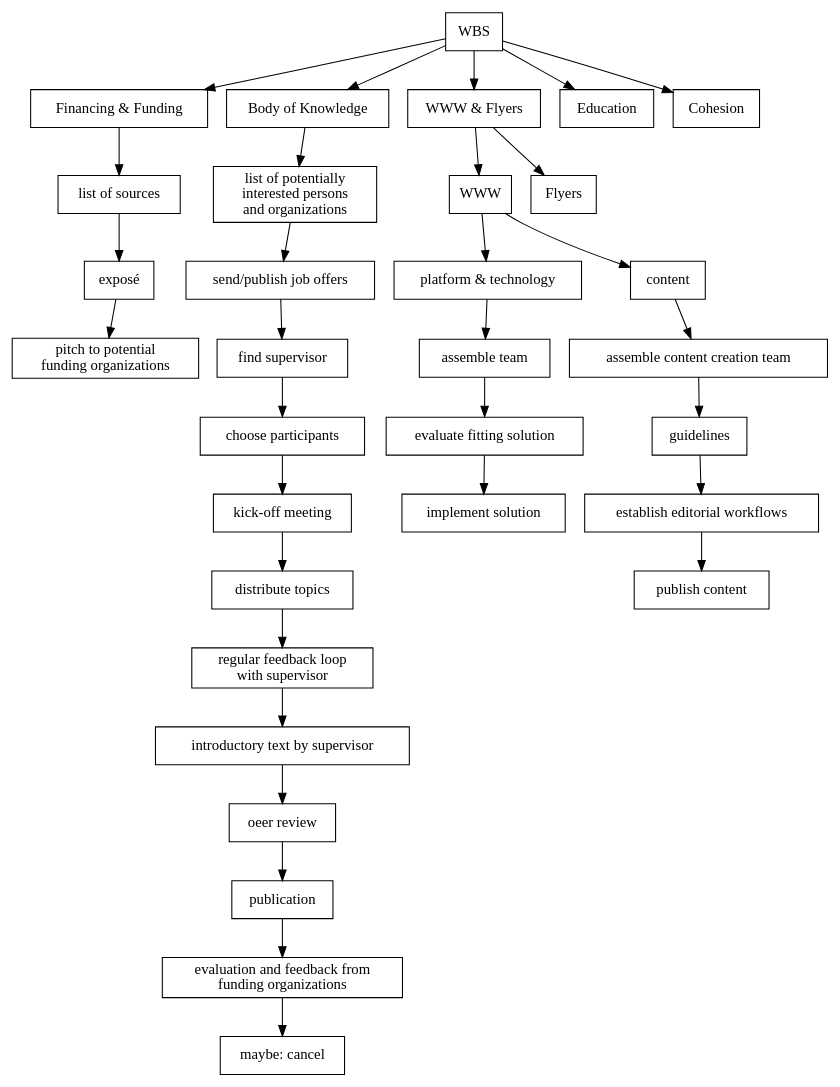
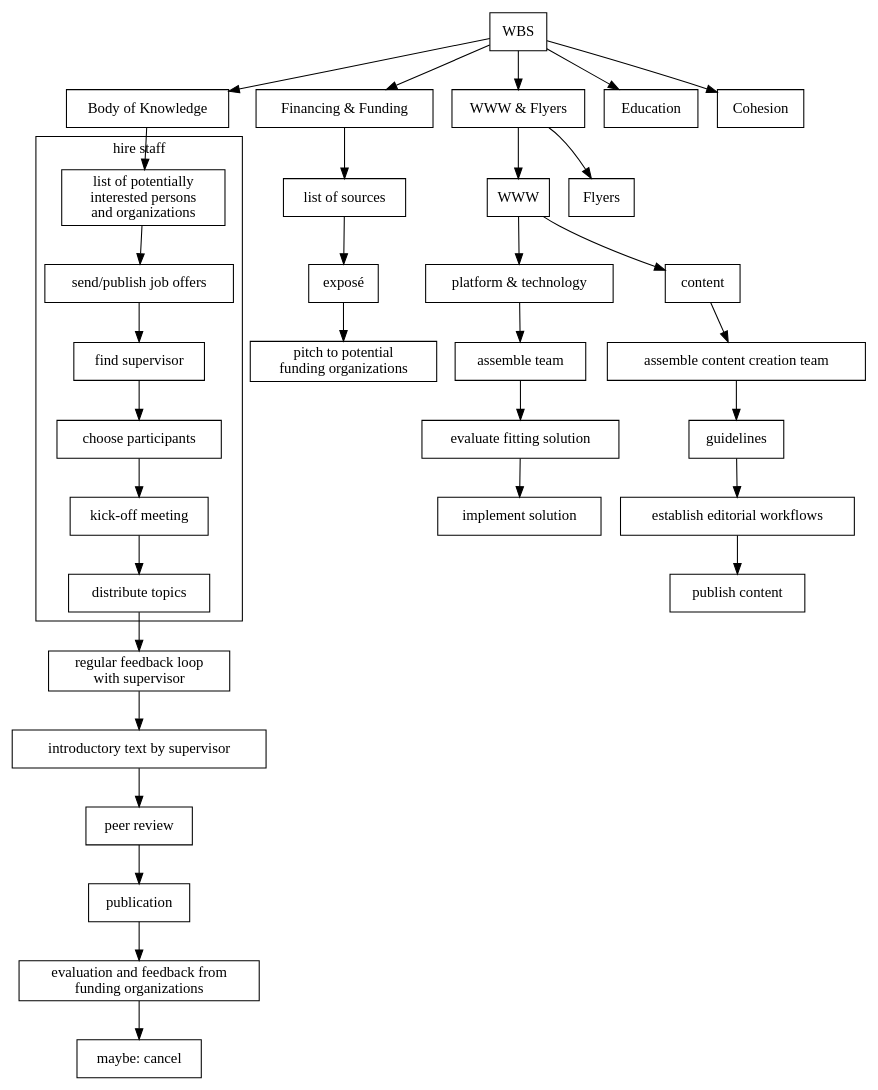
The diagram in wbs.gv (flyser/presentation-epm), drawn with Graphviz before and after one commit.

Commit message:
moved hiring process into subgraph

```diff
--- a/wbs.gv
+++ b/wbs.gv
@@ -1,46 +1,50 @@
 digraph g {
 node [shape=record];
 graph [];
 
 "WBS";
 
 "WBS" -> "Financing & Funding"
 	-> "list of sources"
 	-> "exposé"
 	-> "pitch to potential\n funding organizations"
 ;
 
 "WBS" -> "Body of Knowledge"
-	-> "list of potentially\n interested persons\n and organizations"
+subgraph cluster_0 {
+	"list of potentially\n interested persons\n and organizations"
 	-> "send/publish job offers"
 	-> "find supervisor"
 	-> "choose participants"
 	-> "kick-off meeting"
-	-> "distribute topics"
-	-> "regular feedback loop\n with supervisor"
+	-> "distribute topics";
+	label = "hire staff";
+	}
+"Body of Knowledge" -> "list of potentially\n interested persons\n and organizations";
+"distribute topics"	-> "regular feedback loop\n with supervisor"
 	-> "introductory text by supervisor"
-	-> "oeer review"
+	-> "peer review"
 	-> "publication"
 	-> "evaluation and feedback from\n funding organizations"
 	-> "maybe: cancel"
 ;
 
 "WBS" -> "WWW & Flyers";
 "WWW & Flyers" -> "WWW";
 "WWW" -> "platform & technology"
 	-> "assemble team"
 	-> "evaluate fitting solution"
 	-> "implement solution";
 "WWW" -> "content"
 	-> "assemble content creation team"
 	-> "guidelines"
 	-> "establish editorial workflows"
 	-> "publish content";
 "WWW & Flyers"
 	-> "Flyers"
 ;
 
 "WBS" -> "Education";
 
 "WBS" -> "Cohesion";
 }
```
